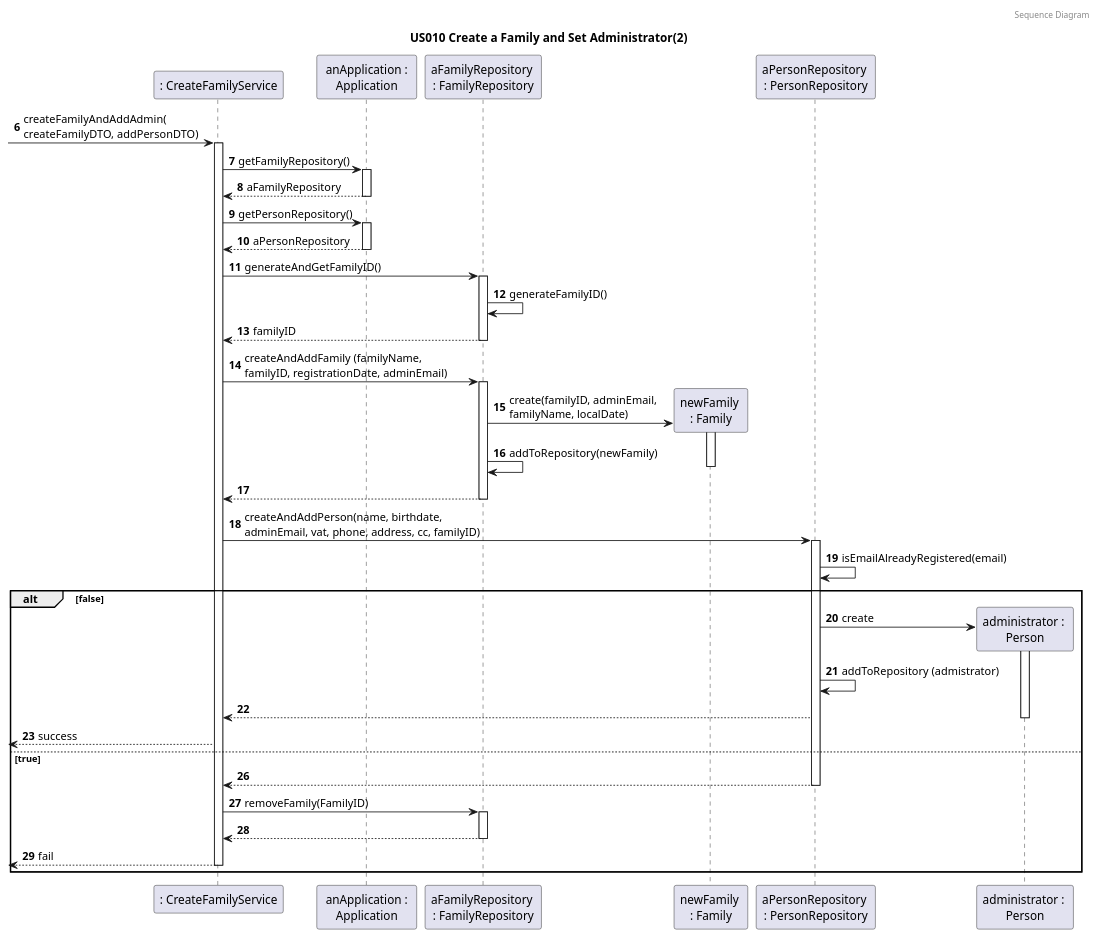
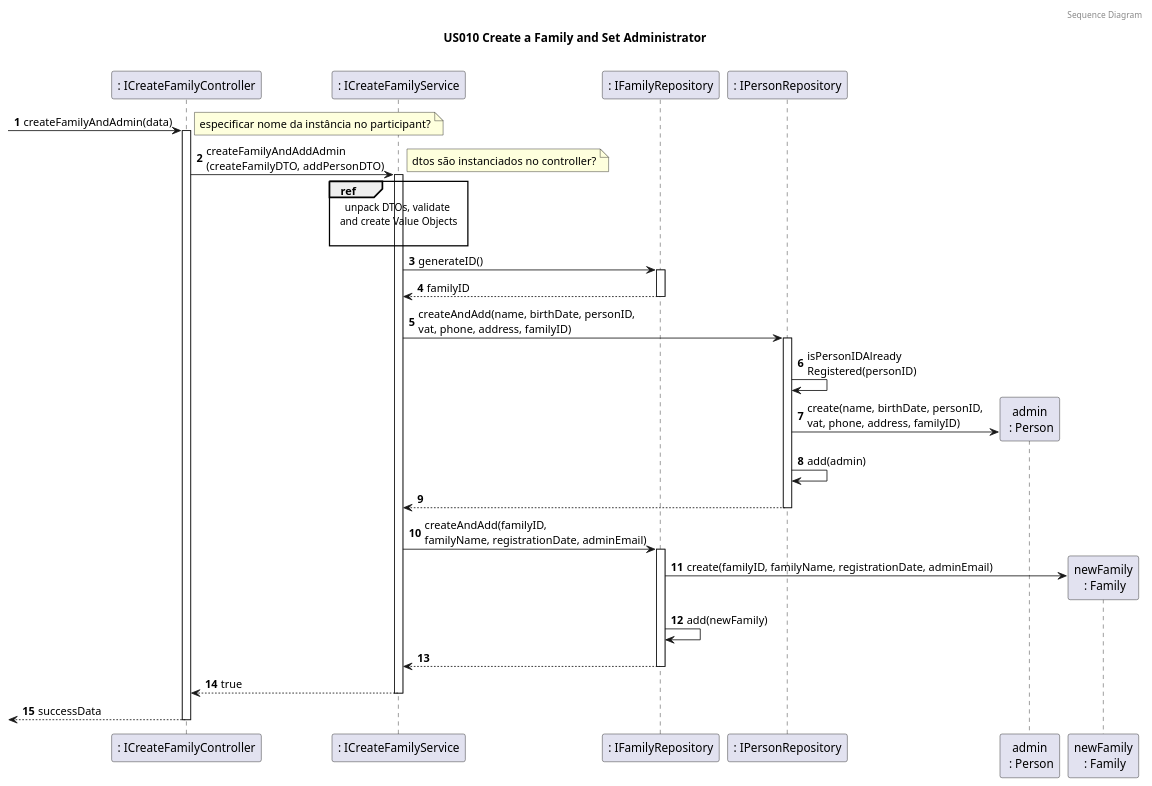
One commit to tomas-osswald/switch_2020_g3 changed the third of 5 diagrams in docs/sprint4/user_stories/US010_CreateAFamilyAndSetAdministrator.md. Above: the diagram before and after it, drawn with PlantUML. The commit also changed other lines of this file and 7 other files, not shown here.

Commit message:
Change to sequence diagram, interface method refactoring

`````diff
--- a/docs/sprint4/user_stories/US010_CreateAFamilyAndSetAdministrator.md
+++ b/docs/sprint4/user_stories/US010_CreateAFamilyAndSetAdministrator.md
@@ -174,74 +120,55 @@
 ````puml
 @startuml
 
-autonumber 6
+autonumber
 header Sequence Diagram
-title US010 Create a Family and Set Administrator(2)
+title US010 Create a Family and Set Administrator
 
-participant ": CreateFamilyService" as FamAdminService
-participant " anApplication : \nApplication" as app
-participant "aFamilyRepository \n: FamilyRepository" as frepository
-participant "newFamily \n: Family" as family
-participant "aPersonRepository \n: PersonRepository" as prepository
-participant "administrator : \nPerson" as admin
+participant ": ICreateFamilyController" as controller
+participant ": ICreateFamilyService" as FamAdminService
+participant ": IFamilyRepository" as familyRepository
+participant ": IPersonRepository" as personRepository
+participant "admin\n : Person" as admin
+participant "newFamily\n : Family" as newFamily
 
--> FamAdminService : createFamilyAndAddAdmin(\ncreateFamilyDTO, addPersonDTO)
+
+-> controller : createFamilyAndAdmin(data)
+activate controller
+
+note left: especificar nome da instância no participant?
+
+controller -> FamAdminService : createFamilyAndAddAdmin\n(createFamilyDTO, addPersonDTO)
 activate FamAdminService
 
-FamAdminService -> app : getFamilyRepository()
-activate app
-return aFamilyRepository
-FamAdminService -> app : getPersonRepository()
-activate app
-return aPersonRepository
+note right: dtos são instanciados no controller?
 
+ref over FamAdminService
+unpack DTOs, validate 
+and create Value Objects
 
-FamAdminService -> frepository: generateAndGetFamilyID()
-activate frepository
-frepository -> frepository : generateFamilyID()
+end ref
+
+FamAdminService -> familyRepository : generateID()
+activate familyRepository
 return familyID
 
-FamAdminService -> frepository: createAndAddFamily (familyName, \nfamilyID, registrationDate, adminEmail)
-activate frepository
-
-frepository -> family** : create(familyID, adminEmail, \nfamilyName, localDate)
-activate family
-
-
-frepository -> frepository : addToRepository(newFamily)
-
-deactivate family
+FamAdminService -> personRepository : createAndAdd(name, birthDate, personID, \nvat, phone, address, familyID)
+activate personRepository
+personRepository -> personRepository : isPersonIDAlready\nRegistered(personID)
+personRepository -> admin** : create(name, birthDate, personID, \nvat, phone, address, familyID)
+personRepository -> personRepository : add(admin)
 return
 
+FamAdminService -> familyRepository : createAndAdd(familyID, \nfamilyName, registrationDate, adminEmail)
+activate familyRepository
 
-FamAdminService -> prepository : createAndAddPerson(name, birthdate, \nadminEmail, vat, phone, address, cc, familyID)
-deactivate frepository
+familyRepository -> newFamily** : create(familyID, familyName, registrationDate, adminEmail)
+familyRepository -> familyRepository : add(newFamily)
+return
 
+return true
 
-activate prepository
-prepository -> prepository : isEmailAlreadyRegistered(email)
-
-alt #transparent false
-prepository -> admin** : create
-activate admin
-
-
-prepository -> prepository : addToRepository (admistrator)
-prepository --> FamAdminService
-deactivate admin
-<-- FamAdminService : success
-
-else true
-autonumber 26
-
-prepository --> FamAdminService
-deactivate prepository
-FamAdminService -> frepository : removeFamily(FamilyID)
-activate frepository
-return
-<-- FamAdminService : fail
-deactivate FamAdminService
-end
+return successData
 
 @enduml
 ````
`````
